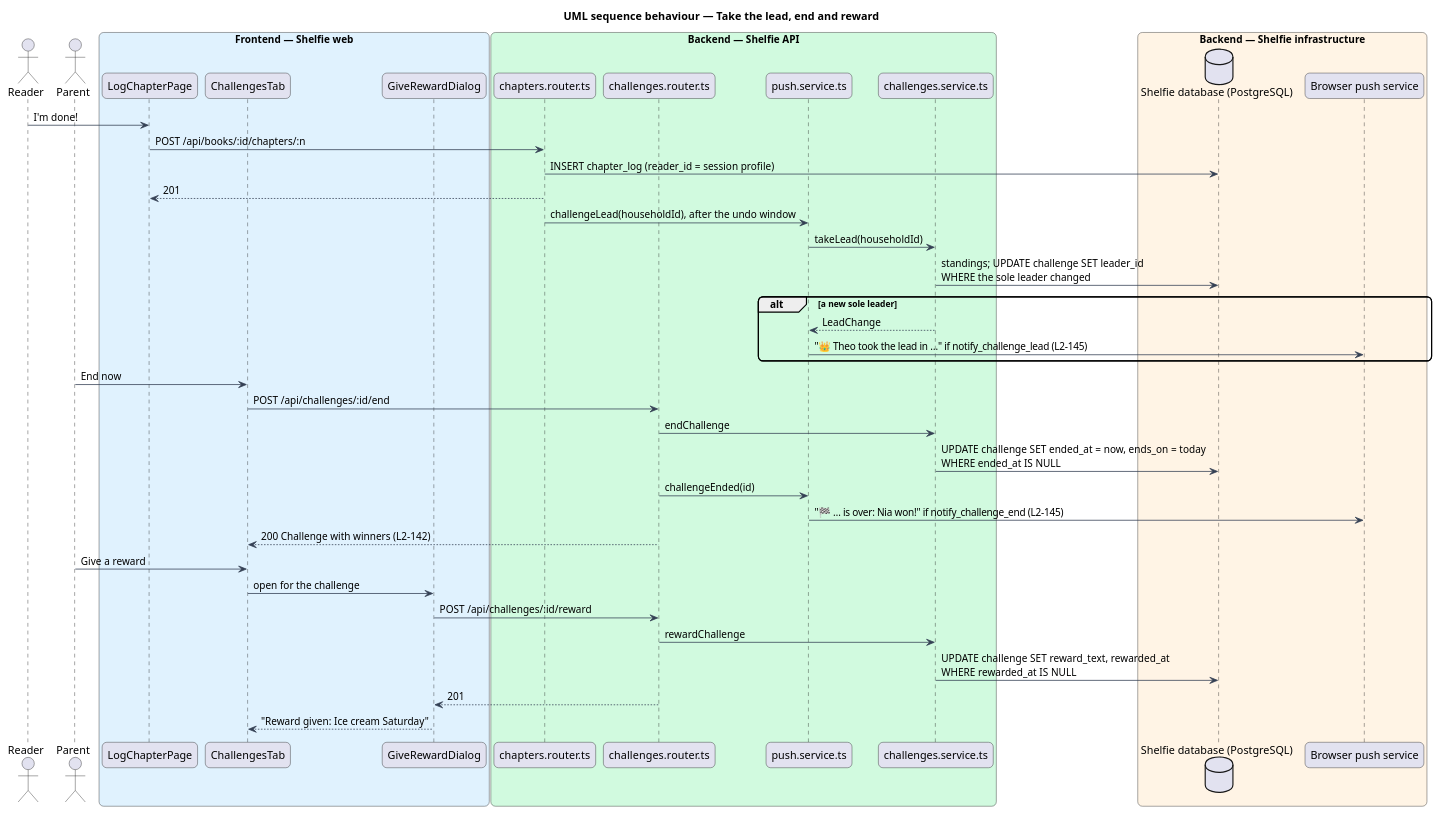
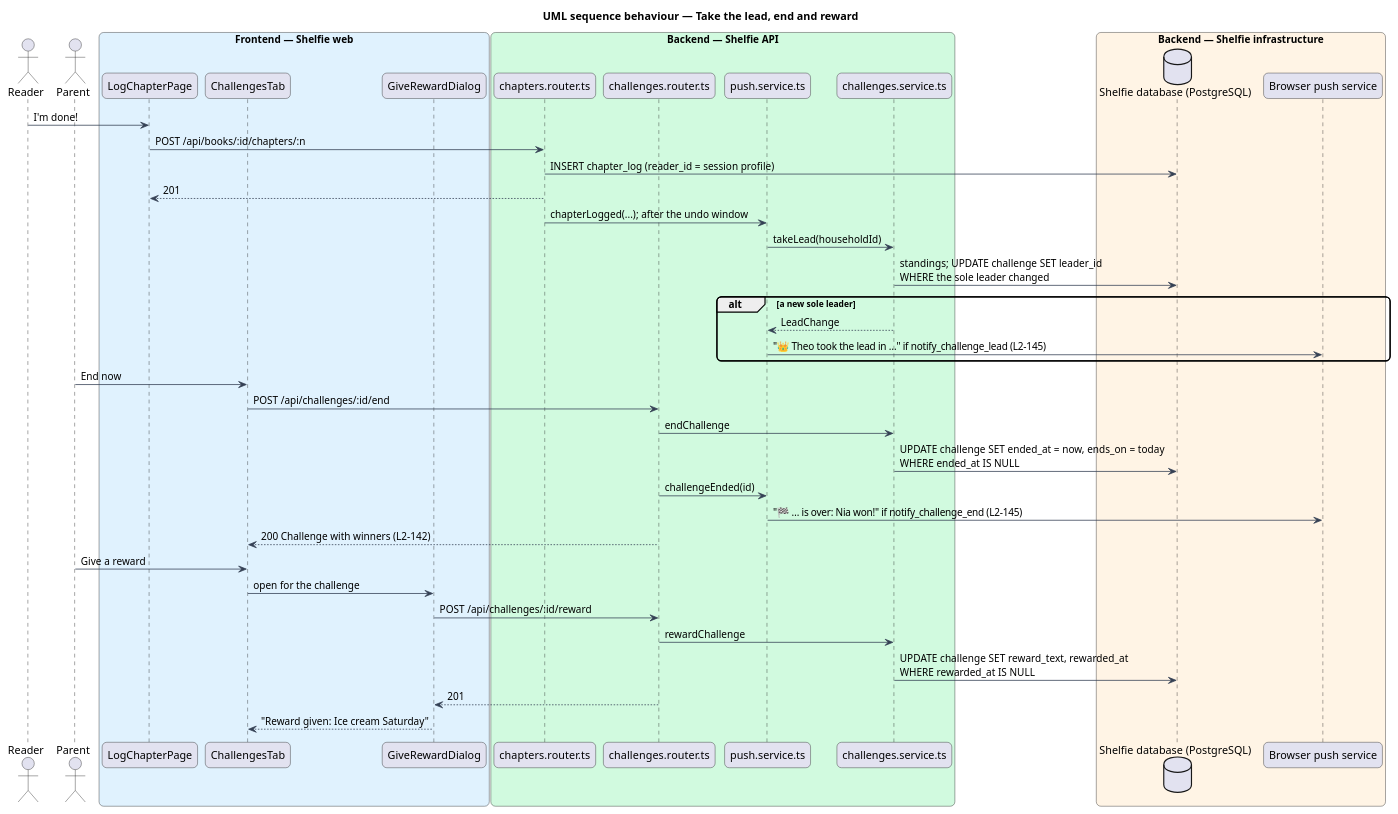
The diagram in docs/detailed-designs/review/run-challenges/diagrams/sequence-lead-and-end.puml (QuinntyneBrown/shelfie), drawn with PlantUML before and after one commit. The commit also changed 18 other files, not shown here.

```diff
--- a/docs/detailed-designs/review/run-challenges/diagrams/sequence-lead-and-end.puml
+++ b/docs/detailed-designs/review/run-challenges/diagrams/sequence-lead-and-end.puml
@@ -1,52 +1,52 @@
 @startuml
 title UML sequence behaviour — Take the lead, end and reward
 skinparam backgroundColor #FFFFFF
 skinparam shadowing false
 skinparam roundcorner 12
 skinparam defaultFontName Arial
 skinparam ArrowColor #344054
 actor "Reader" as reader
 actor "Parent" as parent
 box "Frontend — Shelfie web" #E0F2FE
   participant "LogChapterPage" as log
   participant "ChallengesTab" as tab
   participant "GiveRewardDialog" as dialog
 end box
 box "Backend — Shelfie API" #D1FADF
   participant "chapters.router.ts" as chapters
   participant "challenges.router.ts" as router
   participant "push.service.ts" as notifier
   participant "challenges.service.ts" as service
 end box
 box "Backend — Shelfie infrastructure" #FFF4E5
   database "Shelfie database (PostgreSQL)" as db
   participant "Browser push service" as push
 end box
 
 reader -> log : I'm done!
 log -> chapters : POST /api/books/:id/chapters/:n
 chapters -> db : INSERT chapter_log (reader_id = session profile)
 chapters --> log : 201
-chapters -> notifier : challengeLead(householdId), after the undo window
+chapters -> notifier : chapterLogged(...); after the undo window
 notifier -> service : takeLead(householdId)
 service -> db : standings; UPDATE challenge SET leader_id\nWHERE the sole leader changed
 alt a new sole leader
   service --> notifier : LeadChange
   notifier -> push : "👑 Theo took the lead in …" if notify_challenge_lead (L2-145)
 end
 
 parent -> tab : End now
 tab -> router : POST /api/challenges/:id/end
 router -> service : endChallenge
 service -> db : UPDATE challenge SET ended_at = now, ends_on = today\nWHERE ended_at IS NULL
 router -> notifier : challengeEnded(id)
 notifier -> push : "🏁 … is over: Nia won!" if notify_challenge_end (L2-145)
 router --> tab : 200 Challenge with winners (L2-142)
 parent -> tab : Give a reward
 tab -> dialog : open for the challenge
 dialog -> router : POST /api/challenges/:id/reward
 router -> service : rewardChallenge
 service -> db : UPDATE challenge SET reward_text, rewarded_at\nWHERE rewarded_at IS NULL
 router --> dialog : 201
 dialog --> tab : "Reward given: Ice cream Saturday"
 @enduml
```
